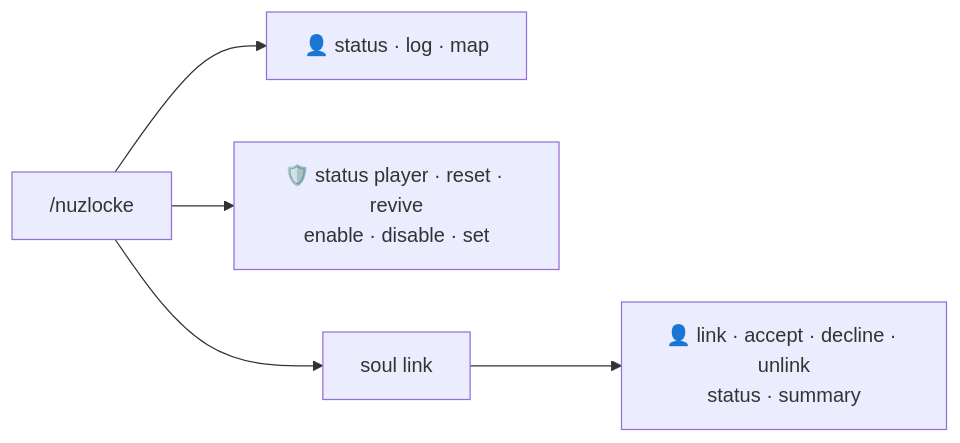
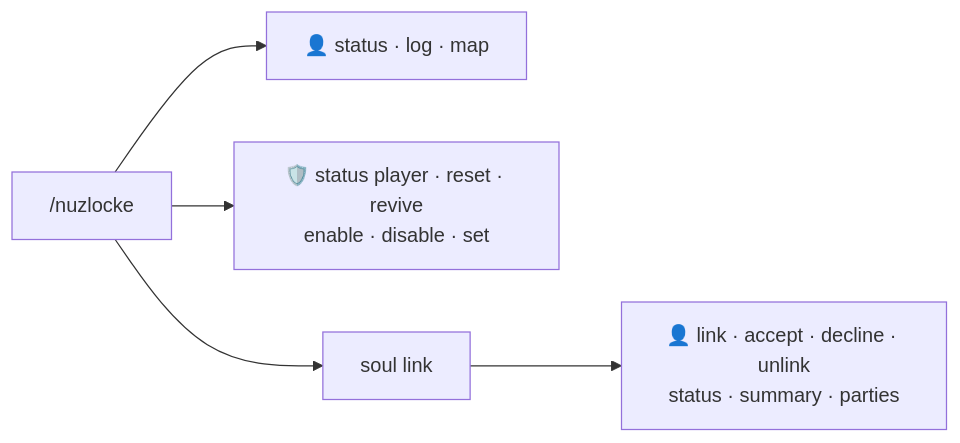
The first of 2 diagrams in docs/nuzlocke/commands.md (manucruzleiva/mod-wiki), drawn with Mermaid before and after one commit. The commit also changed other lines of this file and 2 other files, not shown here.

````diff
--- a/docs/nuzlocke/commands.md
+++ b/docs/nuzlocke/commands.md
@@ -6,7 +6,7 @@
 ```mermaid
 flowchart LR
     N["/nuzlocke"] --> NP[👤 status · log · map]
     N --> NO[🛡️ status player · reset · revive<br/>enable · disable · set]
     N --> S[soul link]
-    S --> SP[👤 link · accept · decline · unlink<br/>status · summary]
+    S --> SP[👤 link · accept · decline · unlink<br/>status · summary · parties]
 ```
````
